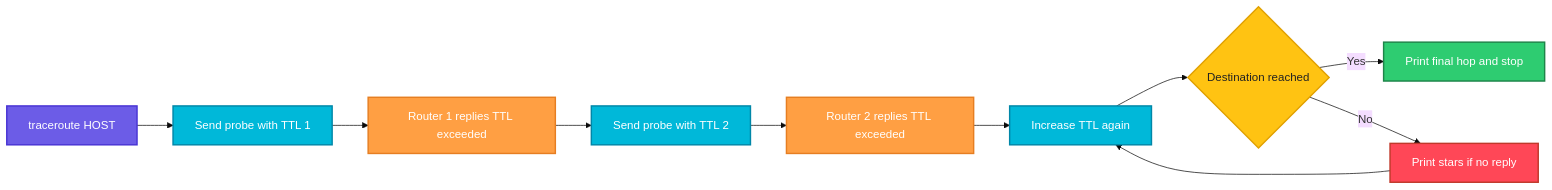
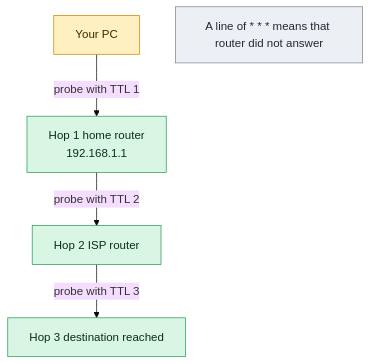
Before and after one commit to codeKerdosTech/DevOps-Documentation: the diagram in linux/networking/traceroute.md, drawn with Mermaid (base theme). The commit also changed other lines of this file and 165 other files, not shown here.

Commit message:
updated diagrams in linux

````diff
--- a/linux/networking/traceroute.md
+++ b/linux/networking/traceroute.md
@@ -14,25 +14,15 @@
 ```mermaid
-flowchart LR
-    A[traceroute HOST] --> B[Send probe with TTL 1]
-    B --> C[Router 1 replies TTL exceeded]
-    C --> D[Send probe with TTL 2]
-    D --> E[Router 2 replies TTL exceeded]
-    E --> F[Increase TTL again]
-    F --> G{Destination reached}
-    G -->|Yes| H[Print final hop and stop]
-    G -->|No| I[Print stars if no reply]
-    I --> F
-    classDef start fill:#6C5CE7,stroke:#4834D4,stroke-width:2px,color:#fff
-    classDef proc fill:#00B8D9,stroke:#0087A8,stroke-width:2px,color:#fff
-    classDef dec fill:#FFC312,stroke:#E1A100,stroke-width:2px,color:#222
-    classDef ok fill:#2ECC71,stroke:#1E8449,stroke-width:2px,color:#fff
-    classDef err fill:#FF4757,stroke:#C0392B,stroke-width:2px,color:#fff
-    classDef out fill:#FD79A8,stroke:#E84393,stroke-width:2px,color:#fff
-    classDef alt fill:#FF9F43,stroke:#E67E22,stroke-width:2px,color:#fff
-    class A start
-    class B,D,F proc
-    class C,E alt
-    class G dec
-    class H ok
-    class I err
+flowchart TD
+    c1[Your PC] -->|probe with TTL 1| o1[Hop 1 home router<br/>192.168.1.1]
+    o1 -->|probe with TTL 2| o2[Hop 2 ISP router]
+    o2 -->|probe with TTL 3| o3[Hop 3 destination reached]
+    n1[A line of * * * means that router did not answer]
+    classDef inp fill:#DCEBFF,stroke:#2F6FDE,color:#10213F
+    classDef cmd fill:#FFF0C2,stroke:#C98A00,color:#3A2A00
+    classDef out fill:#D9F5E3,stroke:#1F9D55,color:#0B2E1A
+    classDef bad fill:#FDE0E0,stroke:#D13B3B,color:#4A0F0F
+    classDef note fill:#ECEFF3,stroke:#7B8794,color:#1F2933
+    class c1 cmd
+    class o1,o2,o3 out
+    class n1 note
 ```
````
